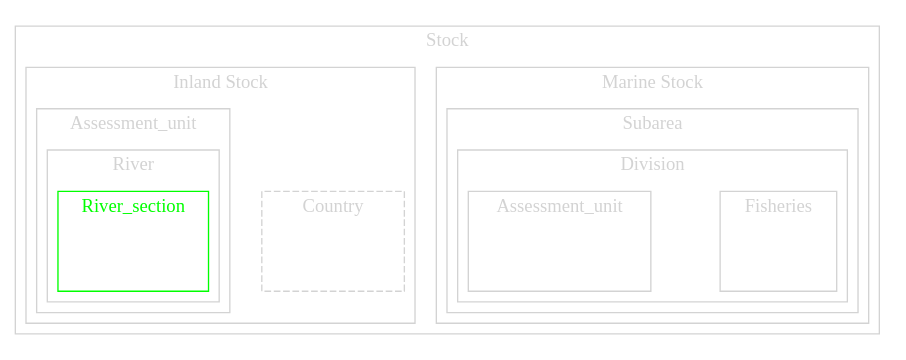
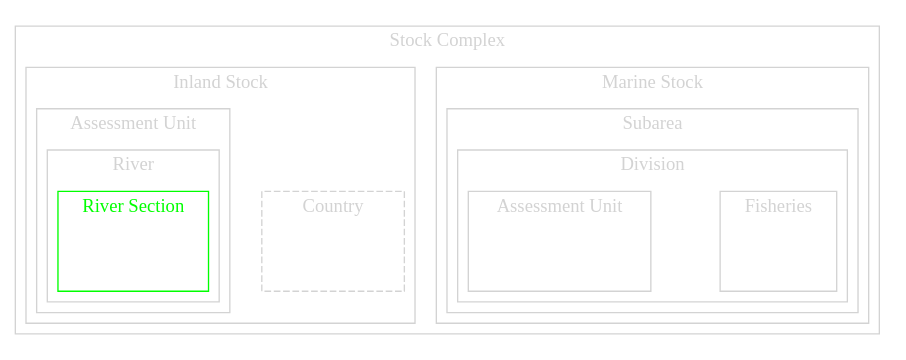
Diagram 14 of 20 in R/generating_graphs.qmd (DIASPARAproject/WP3_habitat), drawn with Graphviz before and after one commit. The commit also changed other lines of this file and 3 other files, not shown here.

```diff
--- a/R/generating_graphs.qmd
+++ b/R/generating_graphs.qmd
@@ -1382,7 +1382,7 @@
     rankdir="LR";
 
     subgraph clusterZ {
-      label = Stock
+      label = "Stock Complex"
       style=full
       color=lightgrey
       fontcolor=lightgrey
@@ -1396,21 +1396,21 @@
         center=true
 
         subgraph clusterB {
-        label = Assessment_unit
+        label= "Assessment Unit"
         style=full
         color=lightgrey
         fontcolor=lightgrey
         center=true
 
           subgraph clusterC {
-          label = River
+          label = "River"
           style=full
           color=lightgrey
           fontcolor=lightgrey
           center=true
                 
             subgraph clusterD {
-            label = River_section
+            label = "River Section"
             style=full
             color=green1
             fontcolor=green1
@@ -1456,7 +1456,7 @@
           center=true
                 
             subgraph clusterI {
-            label = Assessment_unit
+            label= "Assessment Unit"
             style=full
             color=lightgrey
             fontcolor=lightgrey
```
